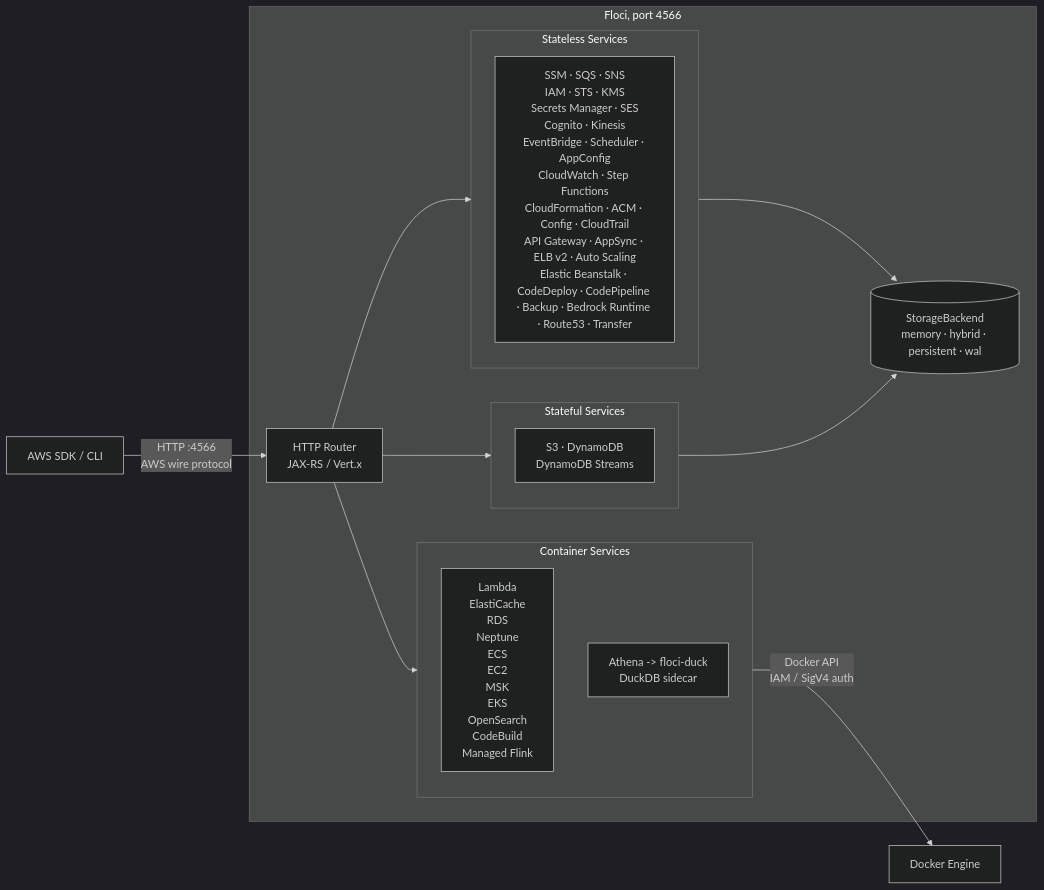
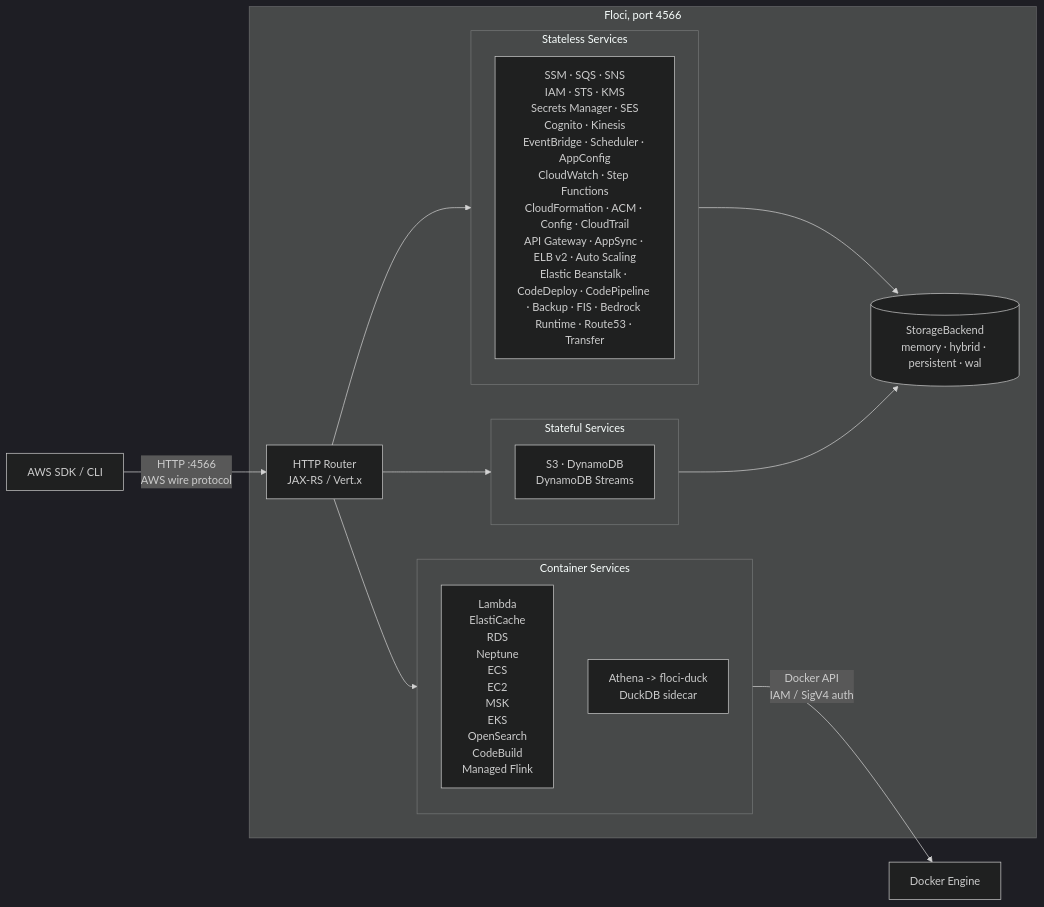
Before and after one commit to ryan00x/aws-terraform-ci-validation: the diagram in README.md, drawn with Mermaid (dark theme). The commit also changed other lines of this file and 47 other files, not shown here.

````diff
--- a/README.md
+++ b/README.md
@@ -185,30 +185,30 @@
 ```mermaid
 flowchart LR
     Client["AWS SDK / CLI"]
 
     subgraph Floci ["Floci, port 4566"]
         Router["HTTP Router\nJAX-RS / Vert.x"]
 
         subgraph Stateless ["Stateless Services"]
-            A["SSM · SQS · SNS\nIAM · STS · KMS\nSecrets Manager · SES\nCognito · Kinesis\nEventBridge · Scheduler · AppConfig\nCloudWatch · Step Functions\nCloudFormation · ACM · Config · CloudTrail\nAPI Gateway · AppSync · ELB v2 · Auto Scaling\nElastic Beanstalk · CodeDeploy · CodePipeline · Backup · Bedrock Runtime · Route53 · Transfer"]
+            A["SSM · SQS · SNS\nIAM · STS · KMS\nSecrets Manager · SES\nCognito · Kinesis\nEventBridge · Scheduler · AppConfig\nCloudWatch · Step Functions\nCloudFormation · ACM · Config · CloudTrail\nAPI Gateway · AppSync · ELB v2 · Auto Scaling\nElastic Beanstalk · CodeDeploy · CodePipeline · Backup · FIS · Bedrock Runtime · Route53 · Transfer"]
         end
 
         subgraph Stateful ["Stateful Services"]
             B["S3 · DynamoDB\nDynamoDB Streams"]
         end
 
         subgraph Containers ["Container Services"]
             C["Lambda\nElastiCache\nRDS\nNeptune\nECS\nEC2\nMSK\nEKS\nOpenSearch\nCodeBuild\nManaged Flink"]
             D["Athena -> floci-duck\nDuckDB sidecar"]
         end
 
         Router --> Stateless
         Router --> Stateful
         Router --> Containers
         Stateless & Stateful --> Store[("StorageBackend\nmemory · hybrid · persistent · wal")]
     end
 
     Docker["Docker Engine"]
     Client -->|"HTTP :4566\nAWS wire protocol"| Router
     Containers -->|"Docker API\nIAM / SigV4 auth"| Docker
 ```
````
